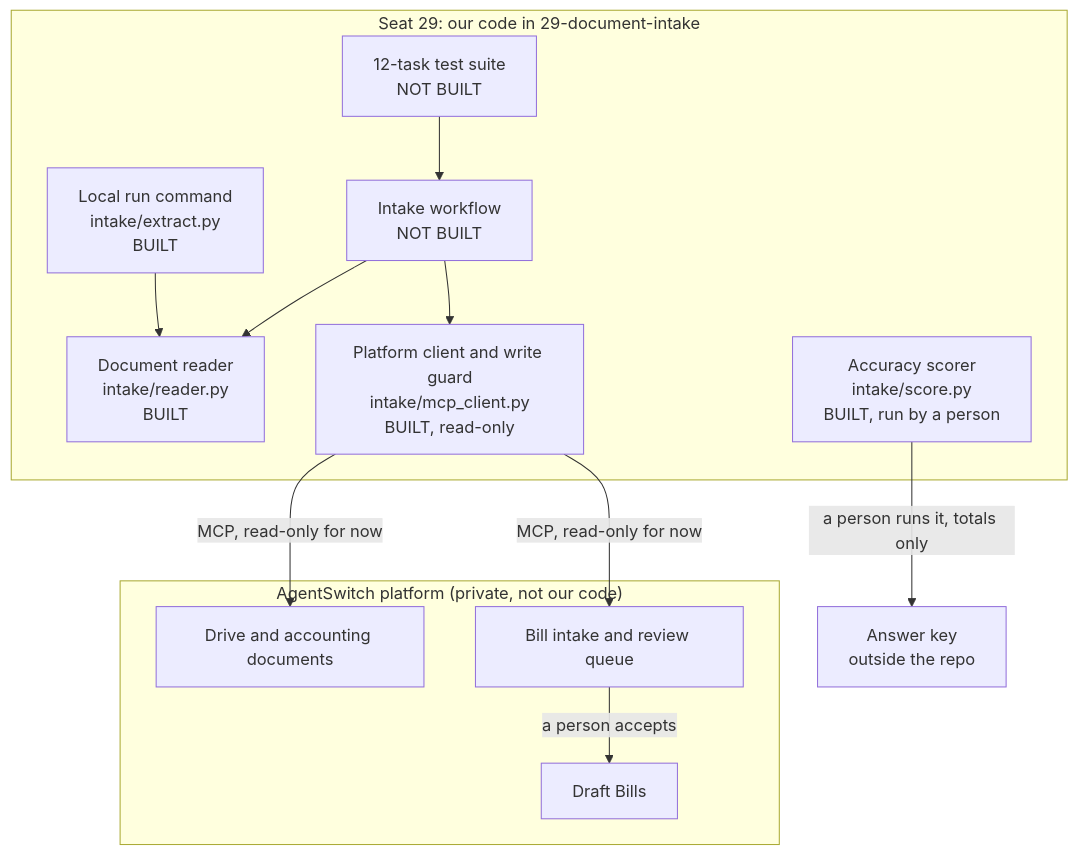
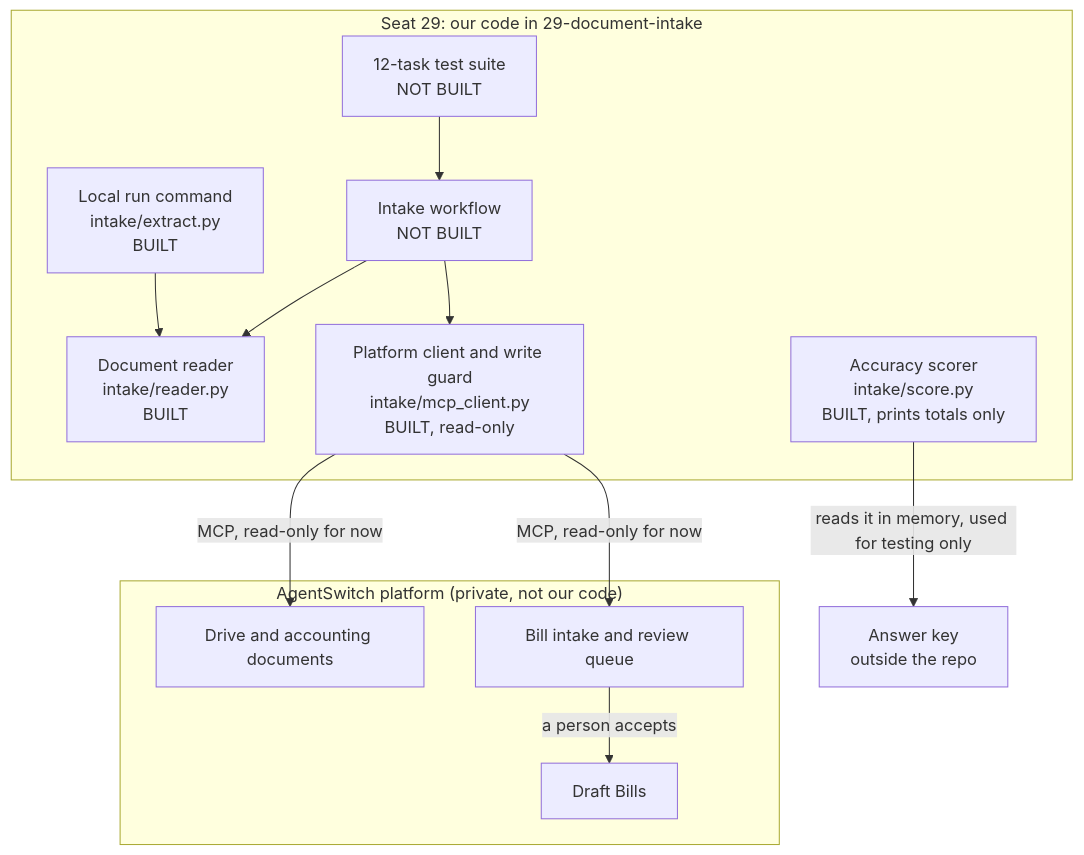
The fifth of 9 diagrams in 29-document-intake/docs/Understanding & Architecture.md (spatil1985/agentswitch-advanced), drawn with Mermaid before and after one commit. The commit also changed other lines of this file and 1 other file, not shown here.

````diff
--- a/29-document-intake/docs/Understanding & Architecture.md
+++ b/29-document-intake/docs/Understanding & Architecture.md
@@ -176,28 +304,28 @@
 ```mermaid
 flowchart TB
     subgraph Seat["Seat 29: our code in 29-document-intake"]
         Reader["Document reader<br/>intake/reader.py<br/>BUILT"]
         Extract["Local run command<br/>intake/extract.py<br/>BUILT"]
         Client["Platform client and write guard<br/>intake/mcp_client.py<br/>BUILT, read-only"]
-        Scorer["Accuracy scorer<br/>intake/score.py<br/>BUILT, run by a person"]
+        Scorer["Accuracy scorer<br/>intake/score.py<br/>BUILT, prints totals only"]
         Pipeline["Intake workflow<br/>NOT BUILT"]
         Suite["12-task test suite<br/>NOT BUILT"]
     end
 
     subgraph Platform["AgentSwitch platform (private, not our code)"]
         Docs["Drive and accounting documents"]
         Queue["Bill intake and review queue"]
         Bills["Draft Bills"]
     end
 
     Key["Answer key<br/>outside the repo"]
 
     Extract --> Reader
     Pipeline --> Reader
     Pipeline --> Client
     Client -->|"MCP, read-only for now"| Docs
     Client -->|"MCP, read-only for now"| Queue
     Queue -->|"a person accepts"| Bills
-    Scorer -->|"a person runs it, totals only"| Key
+    Scorer -->|"reads it in memory, used for testing only"| Key
     Suite --> Pipeline
 ```
````
